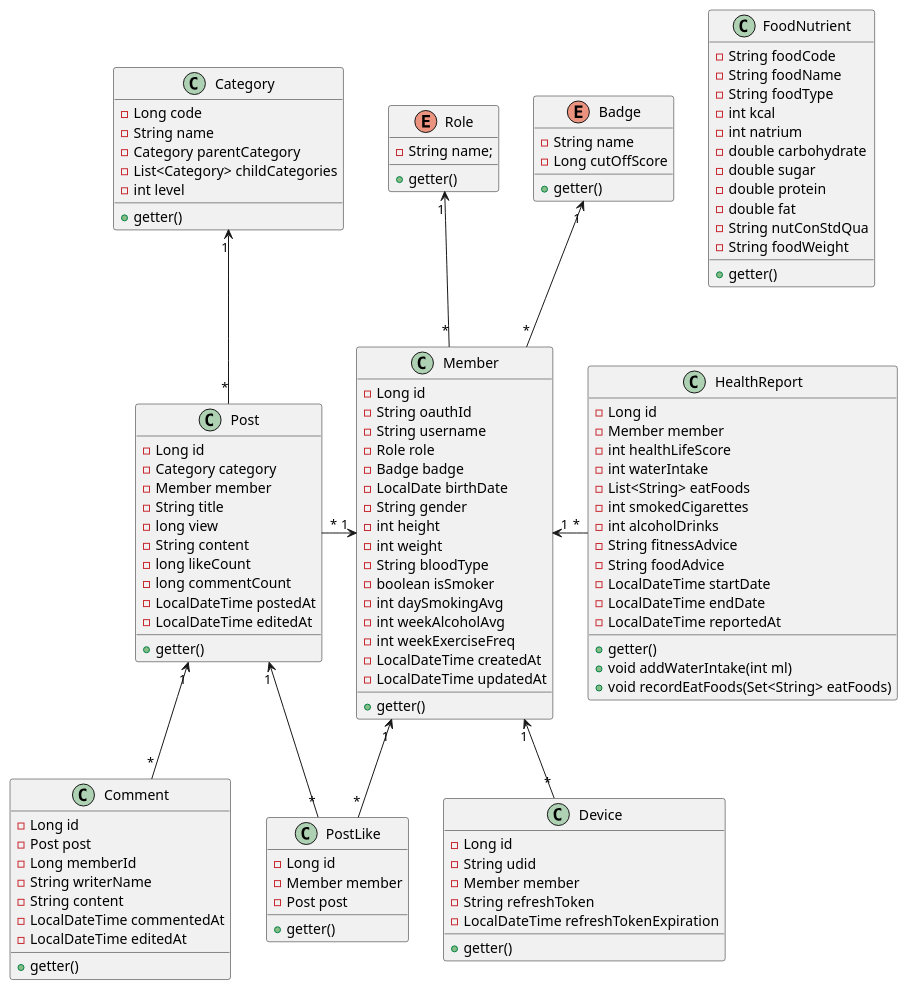
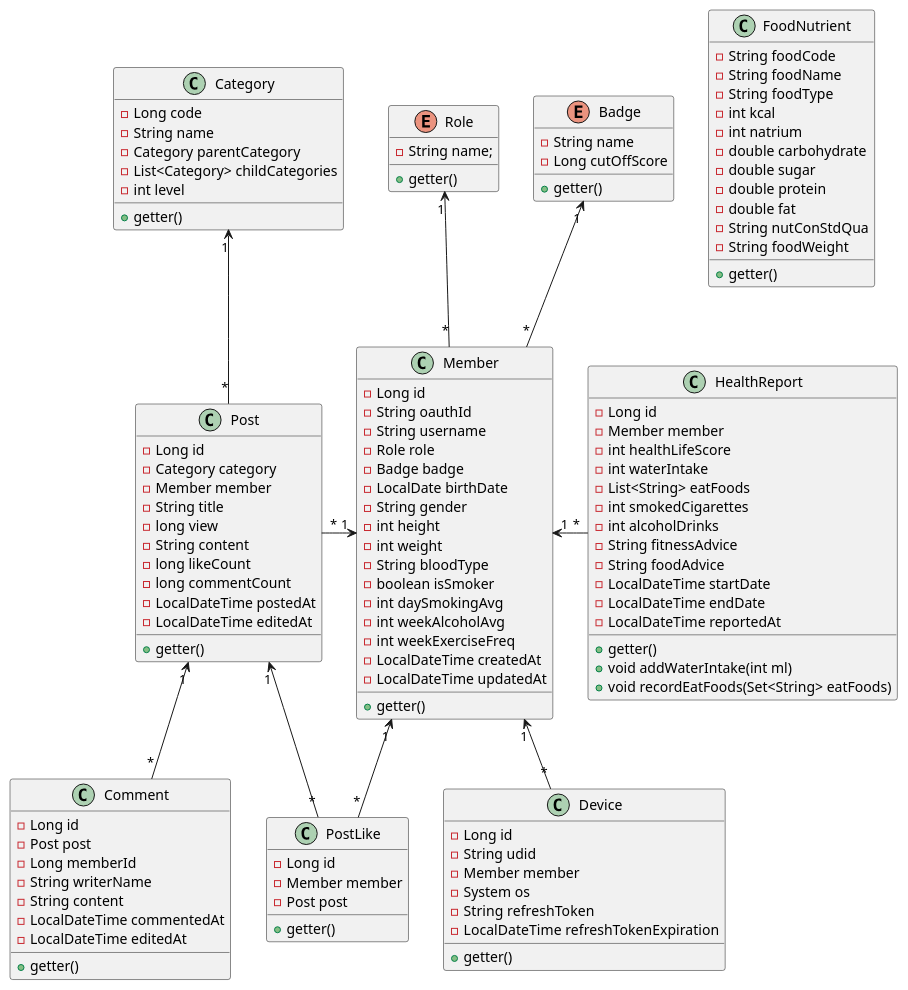
One commit to ckstjr123/f5-health changed the diagram in src/main/java/f5/health/app/uml/classdiagram.puml. Above: the diagram before and after it, drawn with PlantUML. The commit also changed 32 other files, not shown here.

```diff
--- a/src/main/java/f5/health/app/uml/classdiagram.puml
+++ b/src/main/java/f5/health/app/uml/classdiagram.puml
@@ -1,127 +1,128 @@
 @startuml
 
 class Member {
     - Long id
     - String oauthId
     - String username
     - Role role
     - Badge badge
     - LocalDate birthDate
     - String gender
     - int height
     - int weight
     - String bloodType
     - boolean isSmoker
     - int daySmokingAvg
     - int weekAlcoholAvg
     - int weekExerciseFreq
     - LocalDateTime createdAt
     - LocalDateTime updatedAt
     +getter()
 }
 
 enum Role {
     - String name;
     +getter()
 }
 
 enum Badge {
     - String name
     - Long cutOffScore
     +getter()
 }
 
 class Device {
     - Long id
     - String udid
     - Member member
+    - System os
     - String refreshToken
     - LocalDateTime refreshTokenExpiration
     +getter()
 }
 
 class HealthReport {
     - Long id
     - Member member
     - int healthLifeScore
     - int waterIntake
     - List<String> eatFoods
     - int smokedCigarettes
     - int alcoholDrinks
     - String fitnessAdvice
     - String foodAdvice
     - LocalDateTime startDate
     - LocalDateTime endDate
     - LocalDateTime reportedAt
     +getter()
     + void addWaterIntake(int ml)
     + void recordEatFoods(Set<String> eatFoods)
 }
 
 class FoodNutrient {
     - String foodCode
     - String foodName
     - String foodType
     - int kcal
     - int natrium
     - double carbohydrate
     - double sugar
     - double protein
     - double fat
     - String nutConStdQua
     - String foodWeight
     +getter()
 }
 
 class Post {
     - Long id
     - Category category
     - Member member
     - String title
     - long view
     - String content
     - long likeCount
     - long commentCount
     - LocalDateTime postedAt
     - LocalDateTime editedAt
     +getter()
 }
 
 class Category {
     - Long code
     - String name
     - Category parentCategory
     - List<Category> childCategories
     - int level
     +getter()
 }
 
 class PostLike {
     - Long id
     - Member member
     - Post post
     +getter()
 }
 
 class Comment {
     - Long id
     - Post post
     - Long memberId
     - String writerName
     - String content
     - LocalDateTime commentedAt
     - LocalDateTime editedAt
     +getter()
 }
 
 Member "*" -up-> "1" Badge
 Member "*" -up-> "1" Role
 Device "*" -up-> "1" Member
 HealthReport "*" -left-> "1" Member
 Post "*" -up-> "1" Category
 Post "*" -right-> "1" Member
 PostLike "*" -up-> "1" Post
 PostLike "*" -up-> "1" Member
 Comment "*" -up-> "1" Post
 
 @enduml
```
